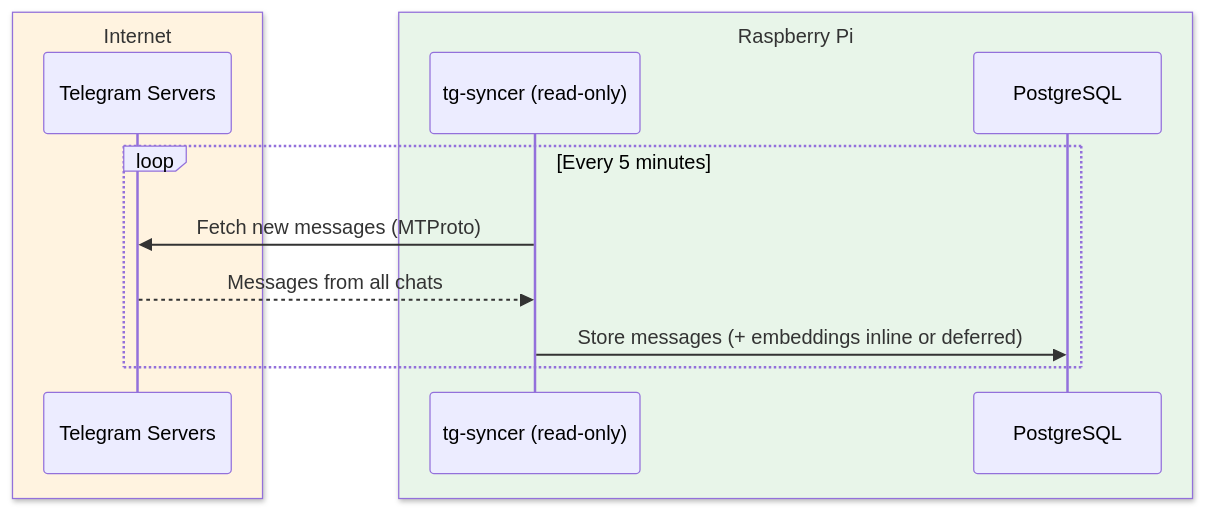
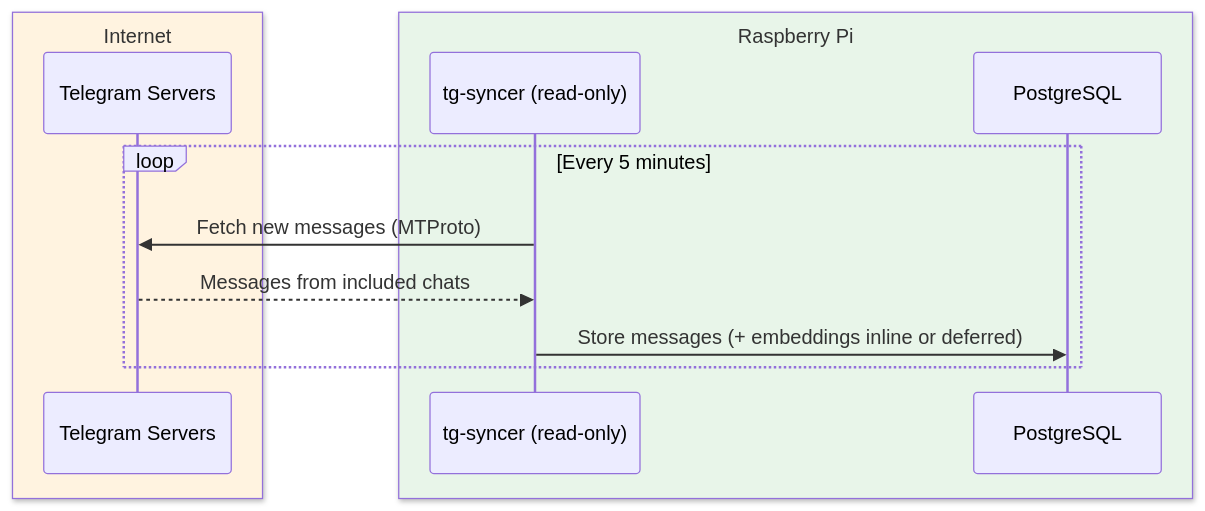
Before and after one commit to obheda12/telelocal: the first of 5 diagrams in README.md, drawn with Mermaid. The commit also changed other lines of this file and 13 other files, not shown here.

````diff
--- a/README.md
+++ b/README.md
@@ -42,16 +42,16 @@
 ```mermaid
 sequenceDiagram
     box rgb(255,243,224) Internet
         participant TG as Telegram Servers
     end
     box rgb(232,245,233) Raspberry Pi
         participant Syncer as tg-syncer (read-only)
         participant DB as PostgreSQL
     end
 
     loop Every 5 minutes
         Syncer->>TG: Fetch new messages (MTProto)
-        TG-->>Syncer: Messages from all chats
+        TG-->>Syncer: Messages from included chats
         Syncer->>DB: Store messages (+ embeddings inline or deferred)
     end
 ```
````
